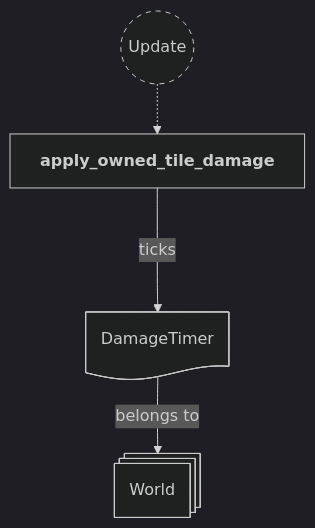
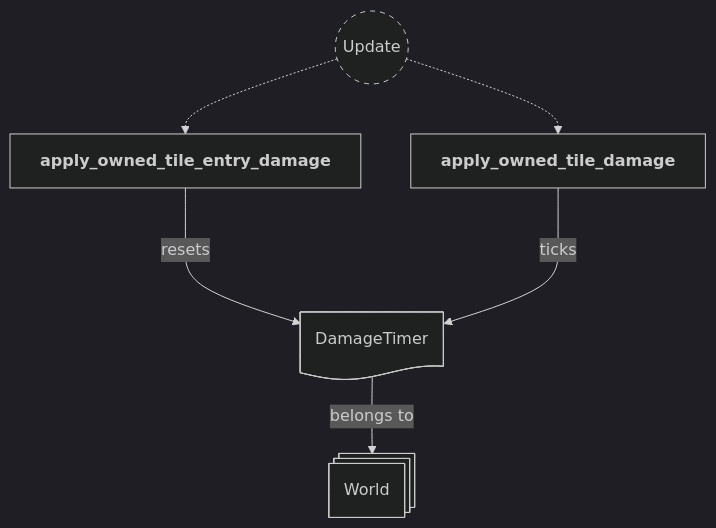
Before and after one commit to neurosoup/tyled: the second of 9 diagrams in backlog/docs/doc-11 - 009-Damage-plugin.md, drawn with Mermaid. The commit also changed other lines of this file and 1 other file, not shown here.

First line of the commit message:
Fix: damage players on entering opponent-claimed tiles

````diff
--- a/backlog/docs/doc-11 - 009-Damage-plugin.md
+++ b/backlog/docs/doc-11 - 009-Damage-plugin.md
@@ -89,21 +110,24 @@
 ```mermaid
 ---
 config:
   theme: dark
 ---
 
 flowchart TD
 classDef system-group stroke-dasharray: 5 5
 
 update(("`Update`")):::system-group
+apply_owned_tile_entry_damage["`**apply_owned_tile_entry_damage**`"]
 apply_owned_tile_damage["`**apply_owned_tile_damage**`"]
 
+update -.-> apply_owned_tile_entry_damage
 update -.-> apply_owned_tile_damage
 
 world@{ shape: st-rect, label: "World" }
 damage_timer_res@{ shape: doc, label: "DamageTimer" }
 
 damage_timer_res --> |belongs to| world
 
+apply_owned_tile_entry_damage ---> |resets| damage_timer_res
 apply_owned_tile_damage ---> |ticks| damage_timer_res
 ```
````
